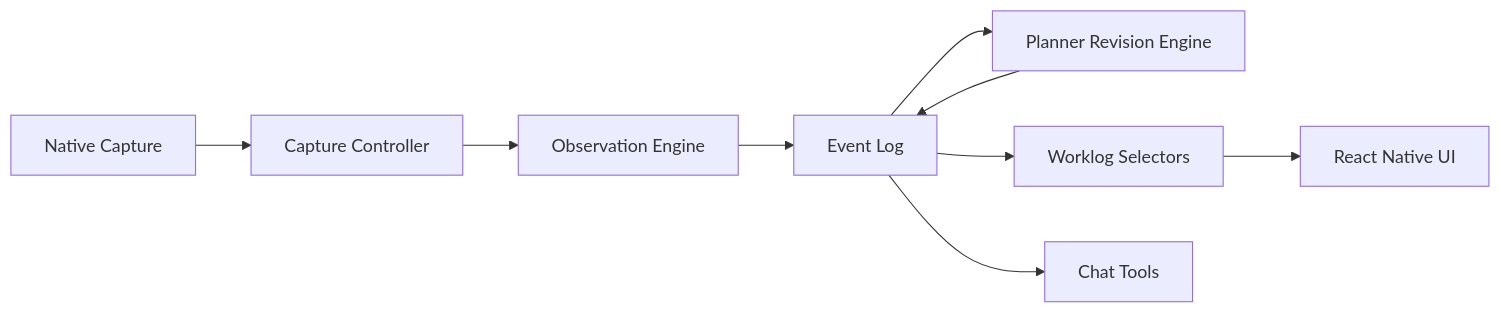
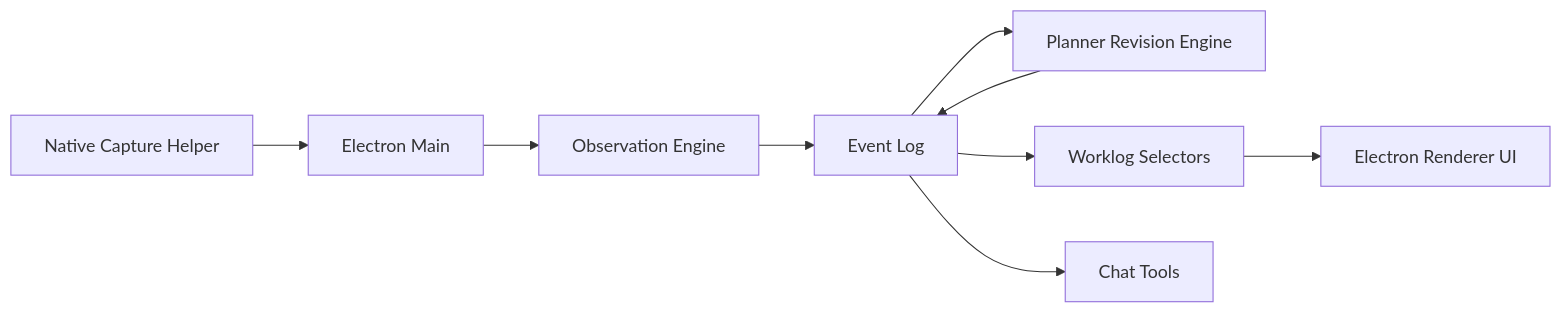
The diagram in docs/architecture.md (MattTengtrakool/flow), drawn with Mermaid before and after one commit. The commit also changed other lines of this file and 172 other files, not shown here.

First line of the commit message:
migrate flow from react native scaffold to electron app

````diff
--- a/docs/architecture.md
+++ b/docs/architecture.md
@@ -5,11 +5,11 @@
 ```mermaid
 flowchart LR
-  nativeCapture[Native Capture] --> capture[Capture Controller]
-  capture --> observation[Observation Engine]
+  nativeCapture[Native Capture Helper] --> main[Electron Main]
+  main --> observation[Observation Engine]
   observation --> eventLog[Event Log]
   eventLog --> planner[Planner Revision Engine]
   planner --> eventLog
   eventLog --> worklog[Worklog Selectors]
-  worklog --> ui[React Native UI]
+  worklog --> ui[Electron Renderer UI]
   eventLog --> chat[Chat Tools]
 ```
````
